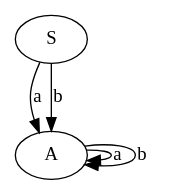
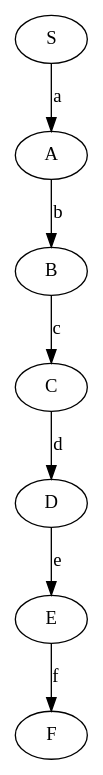
The diagram in DFA.gv (BilelAvans/FormMeth), drawn with Graphviz before and after one commit. The commit also changed 23 other files, not shown here.

```diff
--- a/DFA.gv
+++ b/DFA.gv
@@ -1,1 +1,1 @@
-digraph { S -> A [ label="a", weigth="0.6"];S -> A [ label="b", weigth="0.6"];A -> A [ label="a", weigth="0.6"];A -> A [ label="b", weigth="0.6"];}
+digraph { S -> A [ label="a", weigth="0.6"];A -> B [ label="b", weigth="0.6"];B -> C [ label="c", weigth="0.6"];C -> D [ label="d", weigth="0.6"];D -> E [ label="e", weigth="0.6"];E -> F [ label="f", weigth="0.6"];}
```
